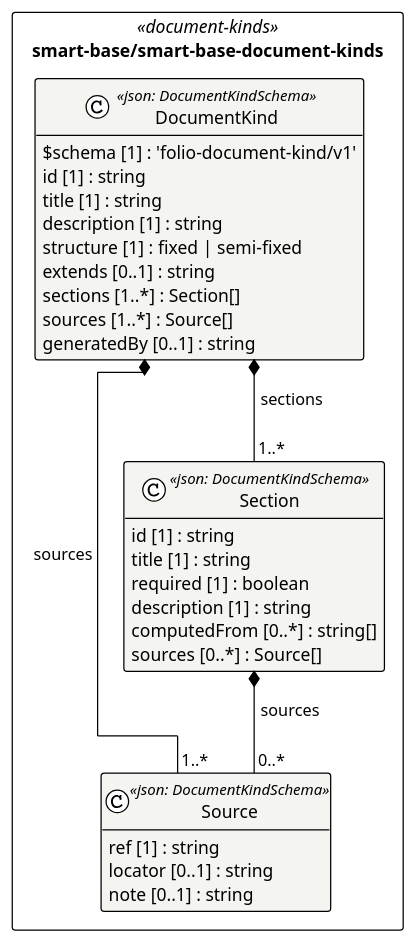
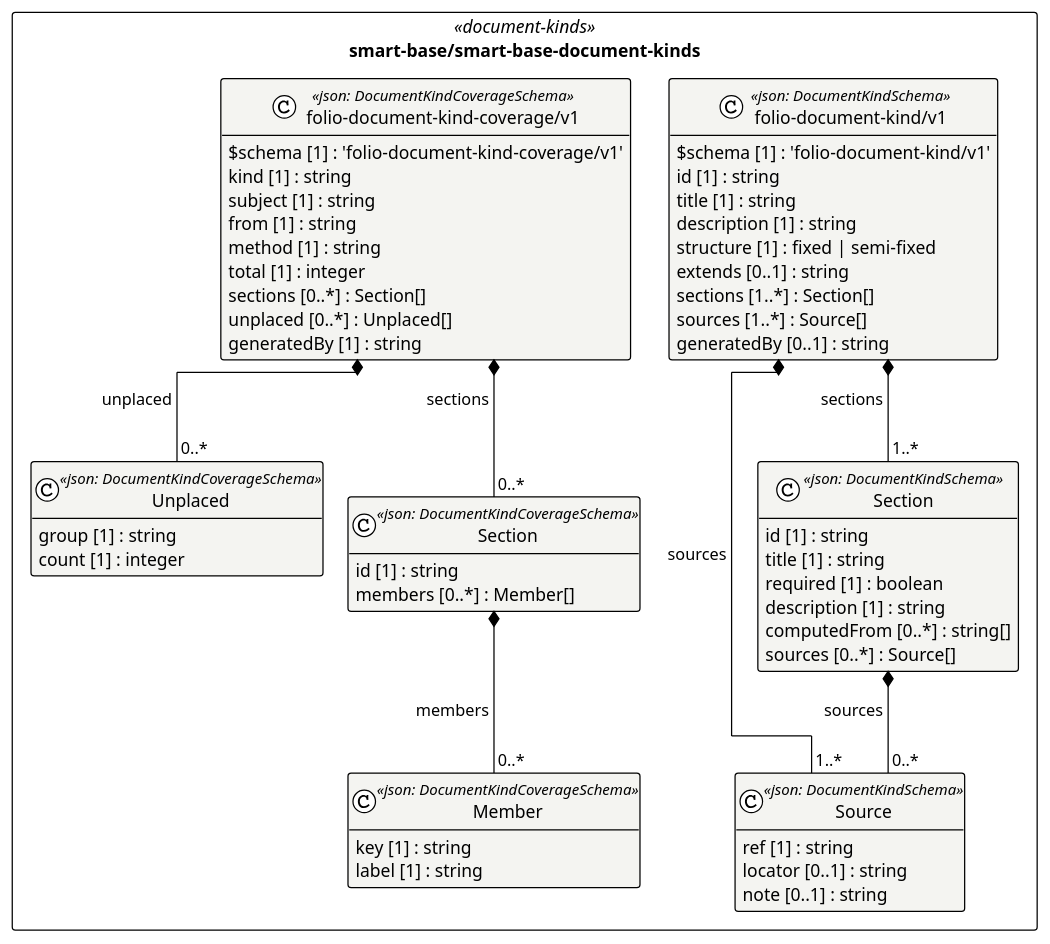
The diagram in cat-harness/uml/overview/smart-base/smart-base-document-kinds.puml (litlfred/folio-assistant), drawn with PlantUML before and after one commit. The commit also changed 38 other files, not shown here.

```diff
--- a/cat-harness/uml/overview/smart-base/smart-base-document-kinds.puml
+++ b/cat-harness/uml/overview/smart-base/smart-base-document-kinds.puml
@@ -3,39 +3,65 @@
 @startuml smart_base_smart_base_document_kinds
 !pragma layout elk
 !theme plain
 skinparam classAttributeIconSize 0
 skinparam shadowing false
 skinparam packageStyle rectangle
 hide empty methods
 
 package "smart-base/smart-base-document-kinds" as pkg_smart_base_smart_base_document_kinds <<document-kinds>> {
-  class "Source" as smart_base_smart_base_document_kinds_Source <<json: DocumentKindSchema>> #f4f4f1 {
+  class "Source" as smart_base_smart_base_document_kinds_folio_document_kind_v1_Source <<json: DocumentKindSchema>> #f4f4f1 {
     ref [1] : string
     locator [0..1] : string
     note [0..1] : string
   }
-  class "Section" as smart_base_smart_base_document_kinds_Section <<json: DocumentKindSchema>> #f4f4f1 {
+  class "Section" as smart_base_smart_base_document_kinds_folio_document_kind_v1_Section <<json: DocumentKindSchema>> #f4f4f1 {
     id [1] : string
     title [1] : string
     required [1] : boolean
     description [1] : string
     computedFrom [0..*] : string[]
     sources [0..*] : Source[]
   }
-  class "DocumentKind" as smart_base_smart_base_document_kinds_DocumentKind <<json: DocumentKindSchema>> #f4f4f1 {
+  class "folio-document-kind/v1" as smart_base_smart_base_document_kinds_folio_document_kind_v1_folio_document_kind_v1 <<json: DocumentKindSchema>> #f4f4f1 {
     $schema [1] : 'folio-document-kind/v1'
     id [1] : string
     title [1] : string
     description [1] : string
     structure [1] : fixed | semi-fixed
     extends [0..1] : string
     sections [1..*] : Section[]
     sources [1..*] : Source[]
     generatedBy [0..1] : string
   }
+  class "Member" as smart_base_smart_base_document_kinds_folio_document_kind_coverage_v1_Member <<json: DocumentKindCoverageSchema>> #f4f4f1 {
+    key [1] : string
+    label [1] : string
+  }
+  class "Section" as smart_base_smart_base_document_kinds_folio_document_kind_coverage_v1_Section <<json: DocumentKindCoverageSchema>> #f4f4f1 {
+    id [1] : string
+    members [0..*] : Member[]
+  }
+  class "Unplaced" as smart_base_smart_base_document_kinds_folio_document_kind_coverage_v1_Unplaced <<json: DocumentKindCoverageSchema>> #f4f4f1 {
+    group [1] : string
+    count [1] : integer
+  }
+  class "folio-document-kind-coverage/v1" as smart_base_smart_base_document_kinds_folio_document_kind_coverage_v1_folio_document_kind_coverage_v1 <<json: DocumentKindCoverageSchema>> #f4f4f1 {
+    $schema [1] : 'folio-document-kind-coverage/v1'
+    kind [1] : string
+    subject [1] : string
+    from [1] : string
+    method [1] : string
+    total [1] : integer
+    sections [0..*] : Section[]
+    unplaced [0..*] : Unplaced[]
+    generatedBy [1] : string
+  }
 }
 
-smart_base_smart_base_document_kinds_Section *-- "0..*" smart_base_smart_base_document_kinds_Source : sources
-smart_base_smart_base_document_kinds_DocumentKind *-- "1..*" smart_base_smart_base_document_kinds_Section : sections
-smart_base_smart_base_document_kinds_DocumentKind *-- "1..*" smart_base_smart_base_document_kinds_Source : sources
+smart_base_smart_base_document_kinds_folio_document_kind_v1_Section *-- "0..*" smart_base_smart_base_document_kinds_folio_document_kind_v1_Source : sources
+smart_base_smart_base_document_kinds_folio_document_kind_v1_folio_document_kind_v1 *-- "1..*" smart_base_smart_base_document_kinds_folio_document_kind_v1_Section : sections
+smart_base_smart_base_document_kinds_folio_document_kind_v1_folio_document_kind_v1 *-- "1..*" smart_base_smart_base_document_kinds_folio_document_kind_v1_Source : sources
+smart_base_smart_base_document_kinds_folio_document_kind_coverage_v1_Section *-- "0..*" smart_base_smart_base_document_kinds_folio_document_kind_coverage_v1_Member : members
+smart_base_smart_base_document_kinds_folio_document_kind_coverage_v1_folio_document_kind_coverage_v1 *-- "0..*" smart_base_smart_base_document_kinds_folio_document_kind_coverage_v1_Section : sections
+smart_base_smart_base_document_kinds_folio_document_kind_coverage_v1_folio_document_kind_coverage_v1 *-- "0..*" smart_base_smart_base_document_kinds_folio_document_kind_coverage_v1_Unplaced : unplaced
 @enduml
```
